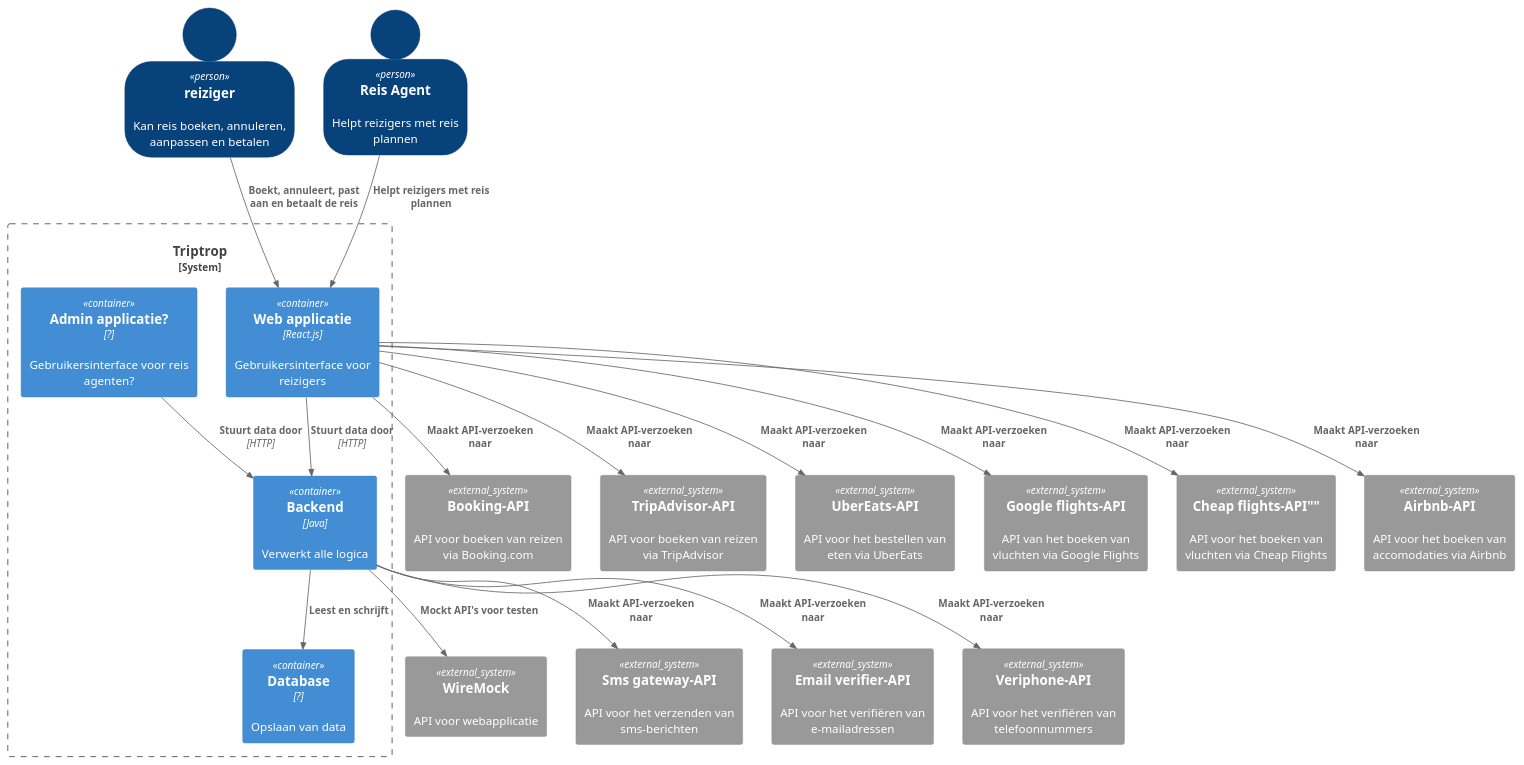
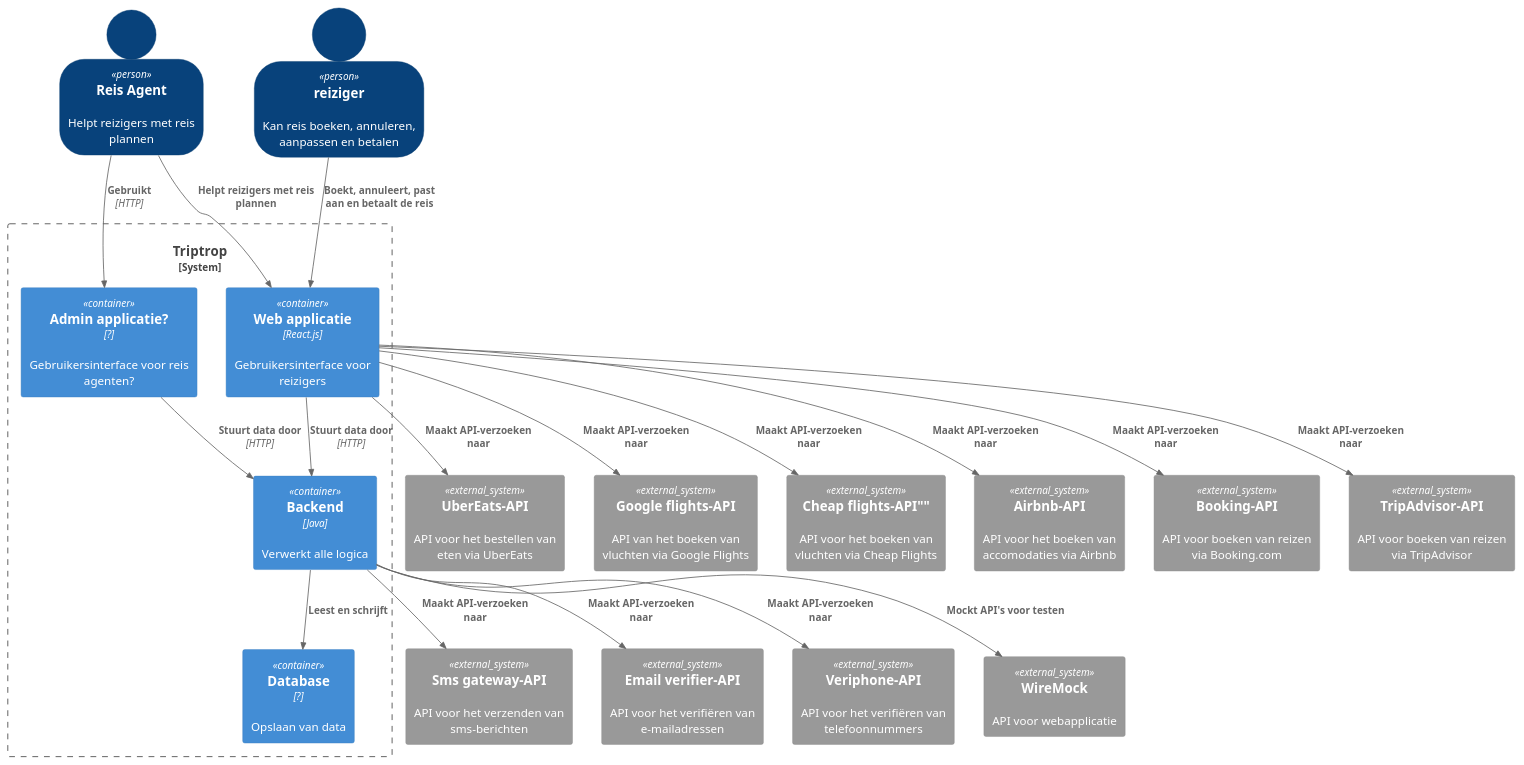
Before and after one commit to AIM-ENE-feb25/triptop-inshallahboys: the diagram in Week1/Les3/Chris/container-diagram/container-triptrop.puml, drawn with PlantUML.

```diff
--- a/Week1/Les3/Chris/container-diagram/container-triptrop.puml
+++ b/Week1/Les3/Chris/container-diagram/container-triptrop.puml
@@ -1,50 +1,51 @@
 @startuml
 !include  https://raw.githubusercontent.com/plantuml-stdlib/C4-PlantUML/master/C4_Container.puml
 
 SHOW_PERSON_OUTLINE()
 
 'Actoren
+Person(reisAgent, "Reis Agent", "Helpt reizigers met reis plannen")
 Person(reiziger, "reiziger", "Kan reis boeken, annuleren, aanpassen en betalen")
-Person(reisAgent, "Reis Agent", "Helpt reizigers met reis plannen")
 
 'Containers binnen het systeem
 System_Boundary(c4, "Triptrop") {
     Container(webApp, "Web applicatie", "React.js", "Gebruikersinterface voor reizigers")
     Container(adminApp, "Admin applicatie?", "?", "Gebruikersinterface voor reis agenten?")
     Container(backend, "Backend", "Java", "Verwerkt alle logica")
     Container(DB, "Database", "?", "Opslaan van data")
 }
 
 'API's
 System_Ext(wireMock, "WireMock", "API voor webapplicatie")
 System_Ext(bookingAPI, "Booking-API", "API voor boeken van reizen via Booking.com")
 System_Ext(tripAdvisor, "TripAdvisor-API", "API voor boeken van reizen via TripAdvisor")
 System_Ext(uberEats, "UberEats-API", "API voor het bestellen van eten via UberEats")
 System_Ext(googleFlights, "Google flights-API", "API van het boeken van vluchten via Google Flights")
 System_Ext(cheapFlights, Cheap flights-API"", "API voor het boeken van vluchten via Cheap Flights")
 System_Ext(airbnb, "Airbnb-API", "API voor het boeken van accomodaties via Airbnb")
 System_Ext(smsGateway, "Sms gateway-API", "API voor het verzenden van sms-berichten")
 System_Ext(emailVerifier, "Email verifier-API", "API voor het verifiëren van e-mailadressen")
 System_Ext(veriphone, "Veriphone-API", "API voor het verifiëren van telefoonnummers")
 
 'Relaties
+Rel(reisAgent, adminApp, "Gebruikt", "HTTP")
 Rel(webApp, backend, "Stuurt data door", "HTTP")
 Rel(adminApp, backend, "Stuurt data door", "HTTP")
 Rel(reiziger, webApp, "Boekt, annuleert, past aan en betaalt de reis")
 Rel(reisAgent, webApp, "Helpt reizigers met reis plannen")
 
 Rel(backend, wireMock, "Mockt API's voor testen")
 Rel(webApp, bookingAPI, "Maakt API-verzoeken naar")
 Rel(webApp, tripAdvisor, "Maakt API-verzoeken naar")
 Rel(webApp, uberEats, "Maakt API-verzoeken naar")
 Rel(webApp, googleFlights, "Maakt API-verzoeken naar")
 Rel(webApp, cheapFlights, "Maakt API-verzoeken naar")
 Rel(webApp, airbnb, "Maakt API-verzoeken naar")
 Rel(backend, smsGateway, "Maakt API-verzoeken naar")
 Rel(backend, emailVerifier, "Maakt API-verzoeken naar")
 Rel(backend, veriphone, "Maakt API-verzoeken naar")
 
 Rel(backend, DB, "Leest en schrijft")
 
 
 @enduml
```
